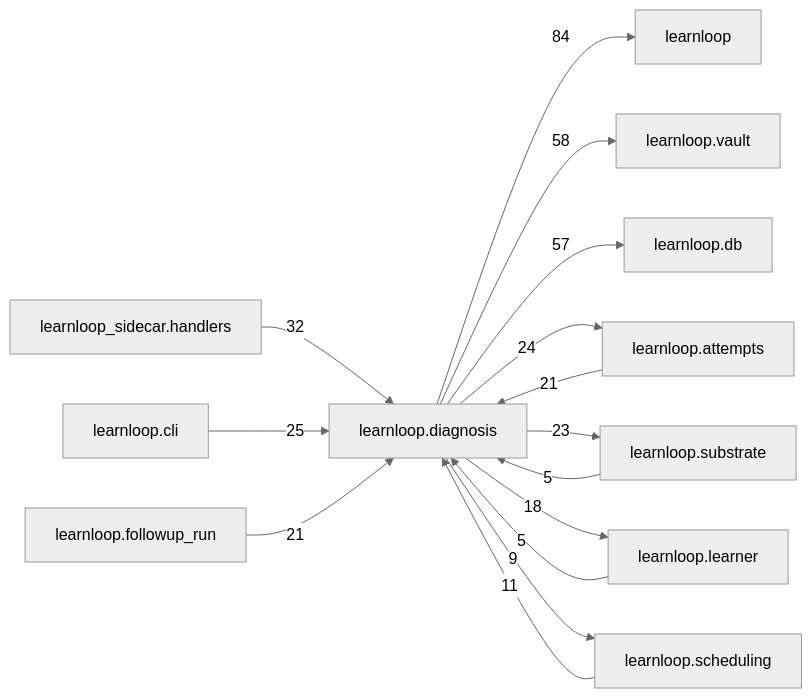
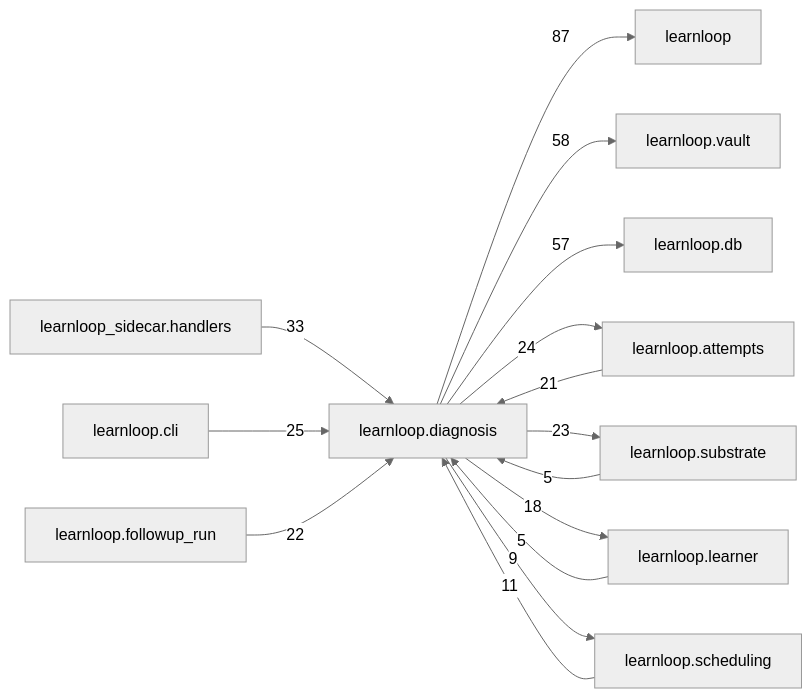
One commit to 6up-b/learnanything changed the diagram in docs/learnloop-architecture-vault/Reference/Modules/learnloop/diagnosis/_package.md. Above: the diagram before and after it, drawn with Mermaid (neutral theme). The commit also changed other lines of this file and 112 other files, not shown here.

````diff
--- a/docs/learnloop-architecture-vault/Reference/Modules/learnloop/diagnosis/_package.md
+++ b/docs/learnloop-architecture-vault/Reference/Modules/learnloop/diagnosis/_package.md
@@ -256,28 +256,28 @@
 ```mermaid
 flowchart LR
     center["learnloop.diagnosis"]
     n_learnloop["learnloop"]
     n_learnloop_vault["learnloop.vault"]
     n_learnloop_db["learnloop.db"]
     n_learnloop_attempts["learnloop.attempts"]
     n_learnloop_sidecar_handlers["learnloop_sidecar.handlers"]
     n_learnloop_substrate["learnloop.substrate"]
     n_learnloop_cli["learnloop.cli"]
     n_learnloop_learner["learnloop.learner"]
     n_learnloop_followup_run["learnloop.followup_run"]
     n_learnloop_scheduling["learnloop.scheduling"]
-    center -->|84| n_learnloop
+    center -->|87| n_learnloop
     center -->|58| n_learnloop_vault
     center -->|57| n_learnloop_db
     n_learnloop_attempts -->|21| center
     center -->|24| n_learnloop_attempts
-    n_learnloop_sidecar_handlers -->|32| center
+    n_learnloop_sidecar_handlers -->|33| center
     n_learnloop_substrate -->|5| center
     center -->|23| n_learnloop_substrate
     n_learnloop_cli -->|25| center
     n_learnloop_learner -->|5| center
     center -->|18| n_learnloop_learner
-    n_learnloop_followup_run -->|21| center
+    n_learnloop_followup_run -->|22| center
     n_learnloop_scheduling -->|11| center
     center -->|9| n_learnloop_scheduling
 ```
````
